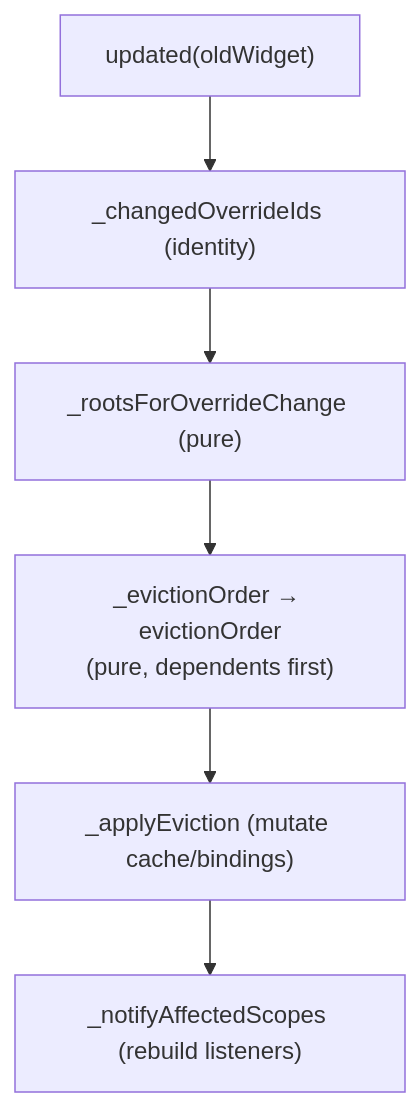
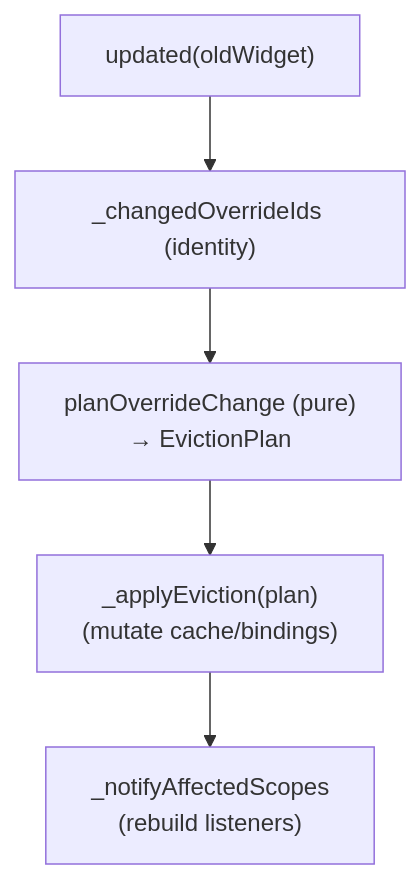
One commit to zupat/lite_ref changed the sixth of 6 diagrams in ARCHITECTURE.md. Above: the diagram before and after it, drawn with Mermaid. The commit also changed other lines of this file and 4 other files, not shown here.

First line of the commit message:
refactor: extract pure eviction planners from scope element

````diff
--- a/ARCHITECTURE.md
+++ b/ARCHITECTURE.md
@@ -207,8 +208,7 @@
 ```mermaid
 flowchart TD
     A["updated(oldWidget)"] --> B["_changedOverrideIds (identity)"]
-    B --> C["_rootsForOverrideChange (pure)"]
-    C --> D["_evictionOrder → evictionOrder<br/>(pure, dependents first)"]
-    D --> E["_applyEviction (mutate cache/bindings)"]
-    E --> F["_notifyAffectedScopes (rebuild listeners)"]
+    B --> C["planOverrideChange (pure)<br/>→ EvictionPlan"]
+    C --> D["_applyEviction(plan)<br/>(mutate cache/bindings)"]
+    D --> E["_notifyAffectedScopes<br/>(rebuild listeners)"]
 ```
````
